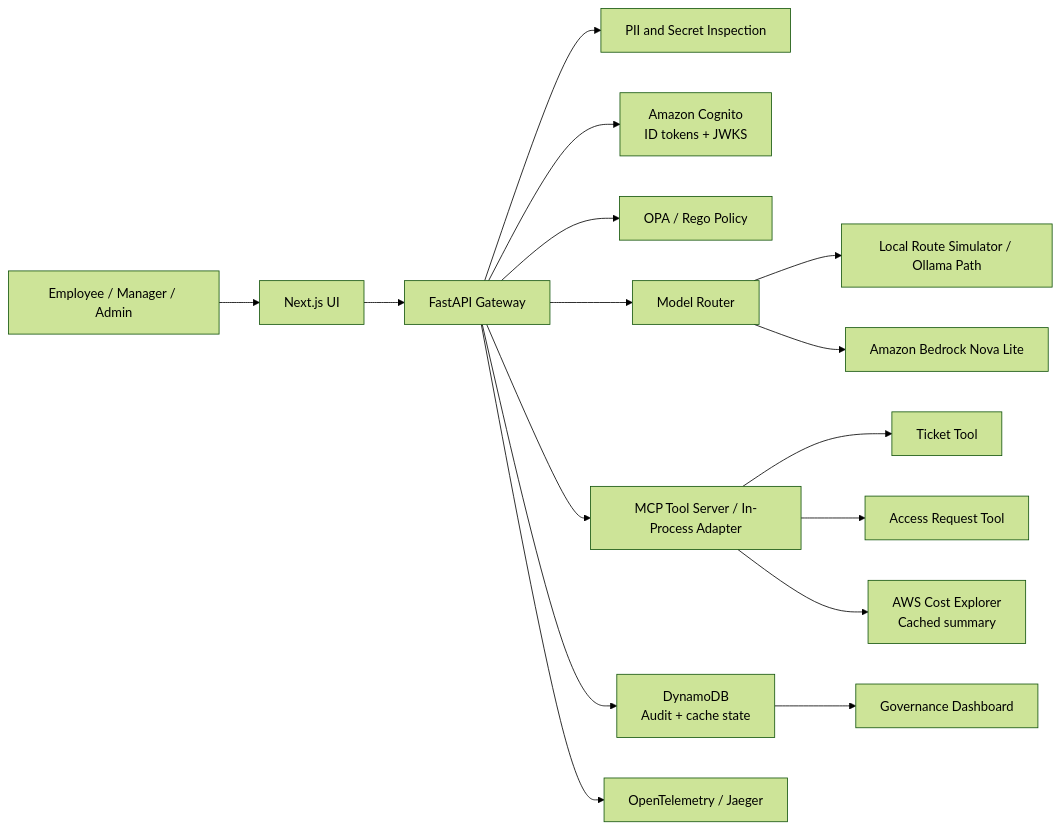
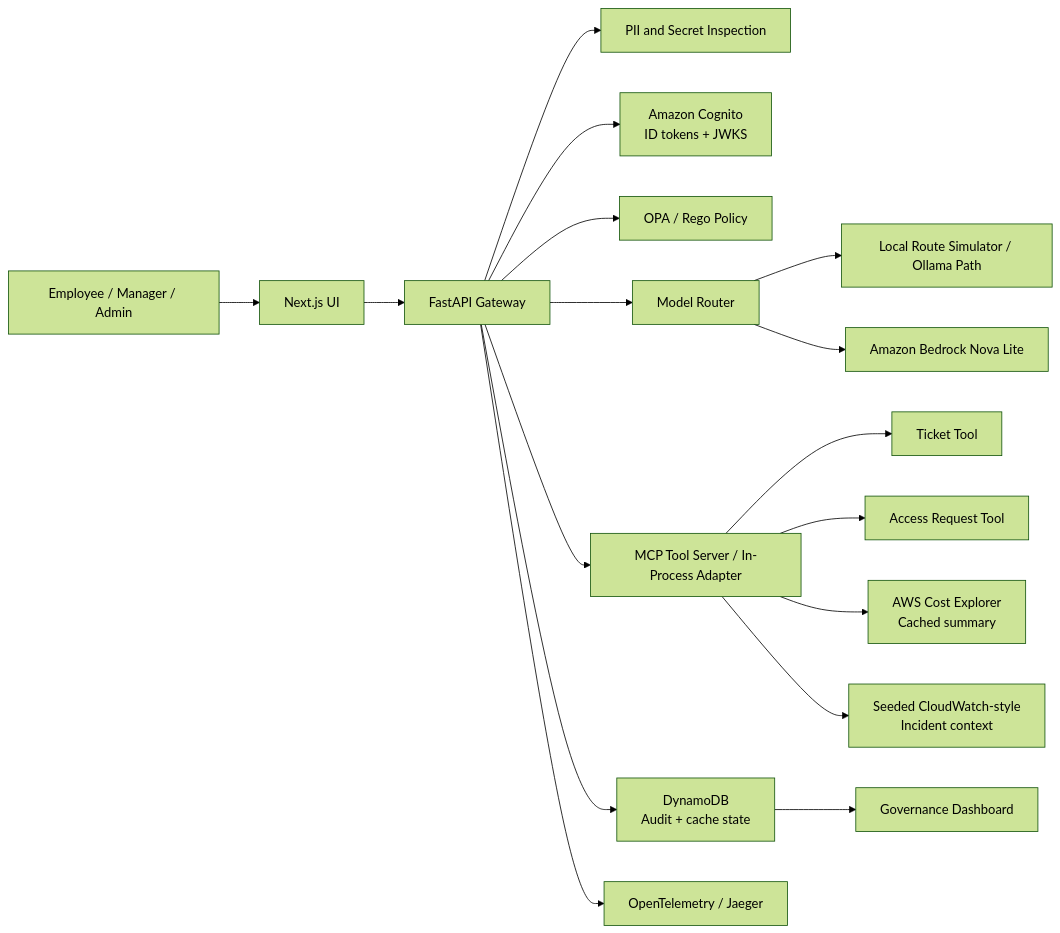
The diagram in README.md (manynames3/aegisdesk-cloudops-control-plane), drawn with Mermaid (forest theme) before and after one commit. The commit also changed other lines of this file and 16 other files, not shown here.

````diff
--- a/README.md
+++ b/README.md
@@ -79,18 +86,19 @@
 ```mermaid
 flowchart LR
     User["Employee / Manager / Admin"] --> Web["Next.js UI"]
     Web --> API["FastAPI Gateway"]
     API --> Redaction["PII and Secret Inspection"]
     API --> Cognito["Amazon Cognito<br/>ID tokens + JWKS"]
     API --> OPA["OPA / Rego Policy"]
     API --> Router["Model Router"]
     Router --> Local["Local Route Simulator / Ollama Path"]
     Router --> Cloud["Amazon Bedrock Nova Lite"]
     API --> Tools["MCP Tool Server / In-Process Adapter"]
     Tools --> Ticket["Ticket Tool"]
     Tools --> Access["Access Request Tool"]
     Tools --> Cost["AWS Cost Explorer<br/>Cached summary"]
+    Tools --> Logs["Seeded CloudWatch-style<br/>Incident context"]
     API --> Audit["DynamoDB<br/>Audit + cache state"]
     API --> Trace["OpenTelemetry / Jaeger"]
     Audit --> Dashboard["Governance Dashboard"]
 ```
````
